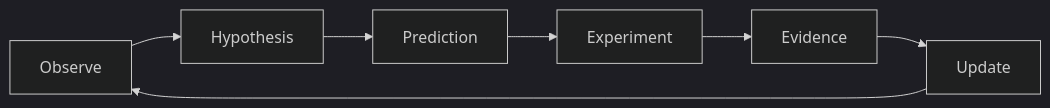
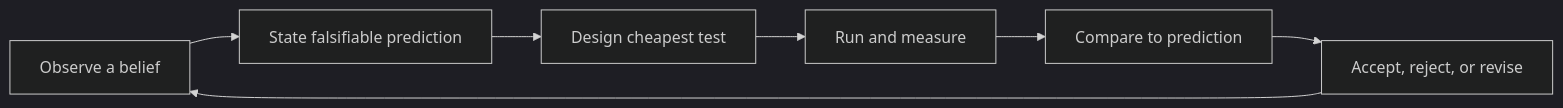
One commit to flynn3103/engineer-knowledge changed the second of 2 diagrams in craftsmanship/engineering-thinking/09-scientific-and-hypothesis-driven/README.md. Above: the diagram before and after it, drawn with Mermaid (dark theme). The commit also changed other lines of this file and 41 other files, not shown here.

````diff
--- a/craftsmanship/engineering-thinking/09-scientific-and-hypothesis-driven/README.md
+++ b/craftsmanship/engineering-thinking/09-scientific-and-hypothesis-driven/README.md
@@ -12,9 +12,9 @@
 ```mermaid
 flowchart LR
-    Observe --> Hypothesis
-    Hypothesis --> Prediction
-    Prediction --> Experiment
-    Experiment --> Evidence
-    Evidence --> Update
-    Update --> Observe
+    Observe[Observe a belief] --> Hypothesis[State falsifiable prediction]
+    Hypothesis --> Design[Design cheapest test]
+    Design --> Run[Run and measure]
+    Run --> Evidence[Compare to prediction]
+    Evidence --> Decide[Accept, reject, or revise]
+    Decide --> Observe
 ```
````
